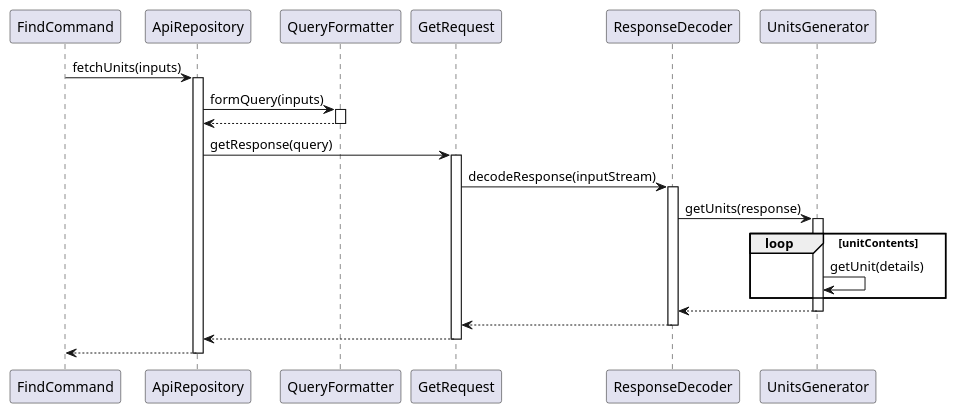
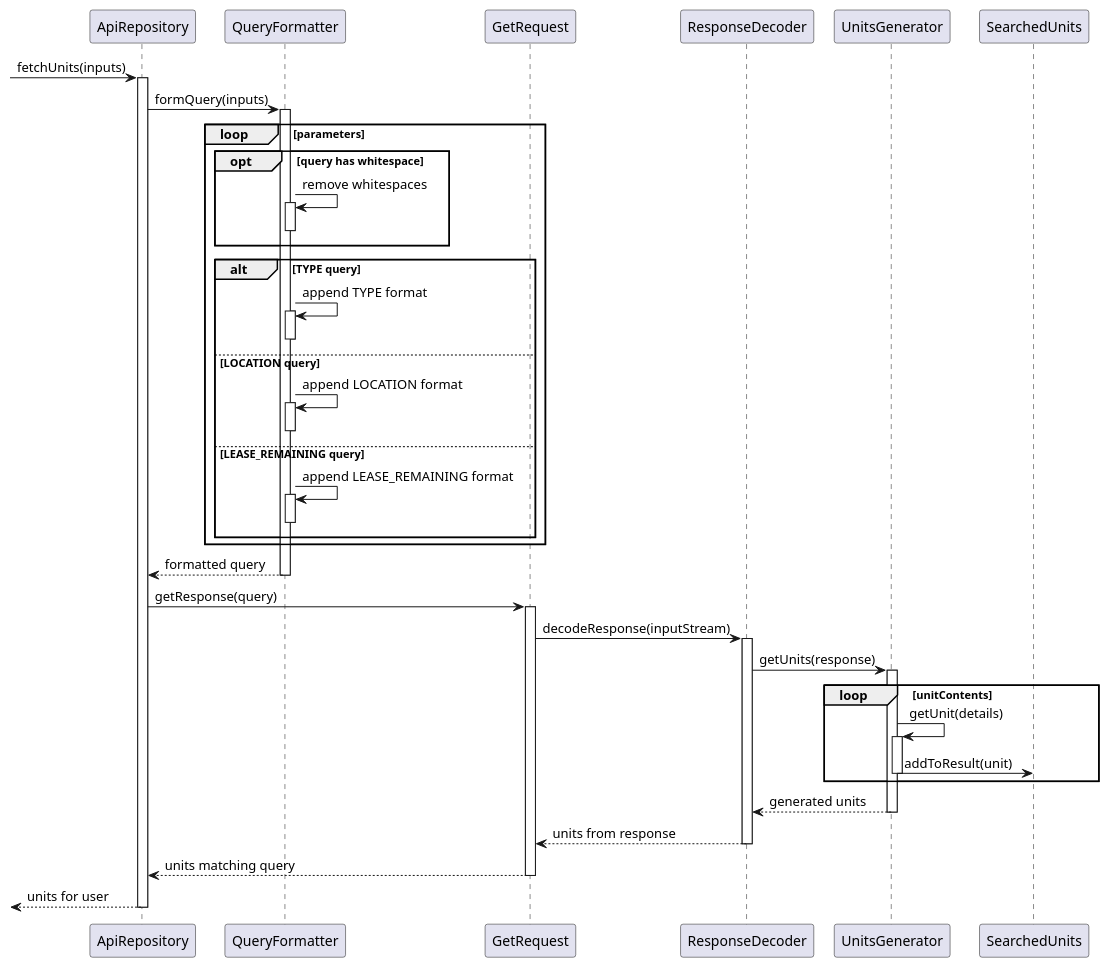
The diagram in docs/diagrams/ApiSequence.puml (nus-cs2113-AY2021S2/tp), drawn with PlantUML before and after one commit. The commit also changed 3 other files, not shown here.

```diff
--- a/docs/diagrams/ApiSequence.puml
+++ b/docs/diagrams/ApiSequence.puml
@@ -1,27 +1,50 @@
 @startuml
 'https://plantuml.com/sequence-diagram
 
-FindCommand -> ApiRepository: fetchUnits(inputs)
+[-> ApiRepository: fetchUnits(inputs)
 activate ApiRepository
 ApiRepository -> QueryFormatter: formQuery(inputs)
 activate QueryFormatter
-ApiRepository <-- QueryFormatter:
+loop parameters
+    opt query has whitespace
+    QueryFormatter -> QueryFormatter: remove whitespaces
+    activate QueryFormatter
+    deactivate QueryFormatter
+    end
+    alt TYPE query
+    QueryFormatter -> QueryFormatter: append TYPE format
+    activate QueryFormatter
+    deactivate QueryFormatter
+    else LOCATION query
+    QueryFormatter -> QueryFormatter: append LOCATION format
+    activate QueryFormatter
+    deactivate QueryFormatter
+    else LEASE_REMAINING query
+    QueryFormatter -> QueryFormatter: append LEASE_REMAINING format
+    activate QueryFormatter
+    deactivate QueryFormatter
+    end
+end
+ApiRepository <-- QueryFormatter: formatted query
 deactivate QueryFormatter
 ApiRepository -> GetRequest: getResponse(query)
 activate GetRequest
 GetRequest -> ResponseDecoder: decodeResponse(inputStream)
 activate ResponseDecoder
 ResponseDecoder -> UnitsGenerator: getUnits(response)
 activate UnitsGenerator
 loop unitContents
     UnitsGenerator -> UnitsGenerator: getUnit(details)
+    activate UnitsGenerator
+    UnitsGenerator -> SearchedUnits: addToResult(unit)
+    deactivate UnitsGenerator
 end
-ResponseDecoder <-- UnitsGenerator:
+ResponseDecoder <-- UnitsGenerator: generated units
 deactivate UnitsGenerator
-GetRequest <-- ResponseDecoder:
+GetRequest <-- ResponseDecoder: units from response
 deactivate ResponseDecoder
-ApiRepository <-- GetRequest:
+ApiRepository <-- GetRequest: units matching query
 deactivate GetRequest
-FindCommand <-- ApiRepository:
+[<-- ApiRepository: units for user
 deactivate ApiRepository
 @enduml
```
